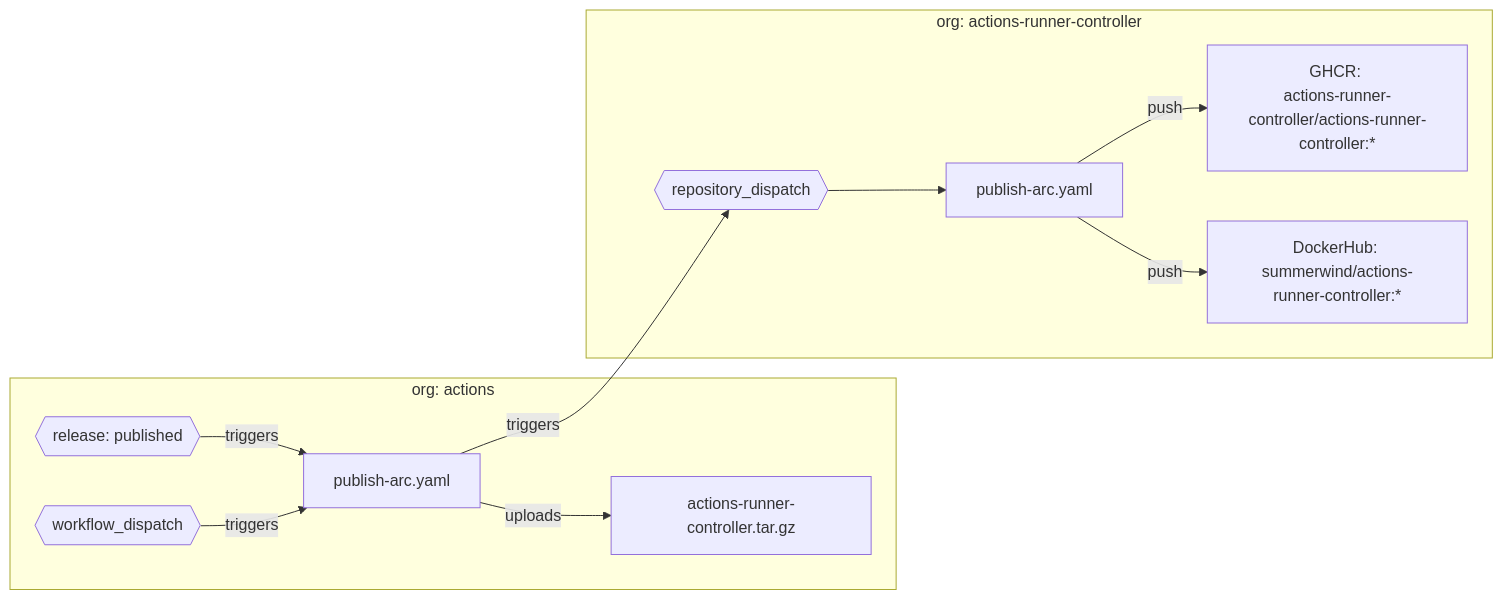
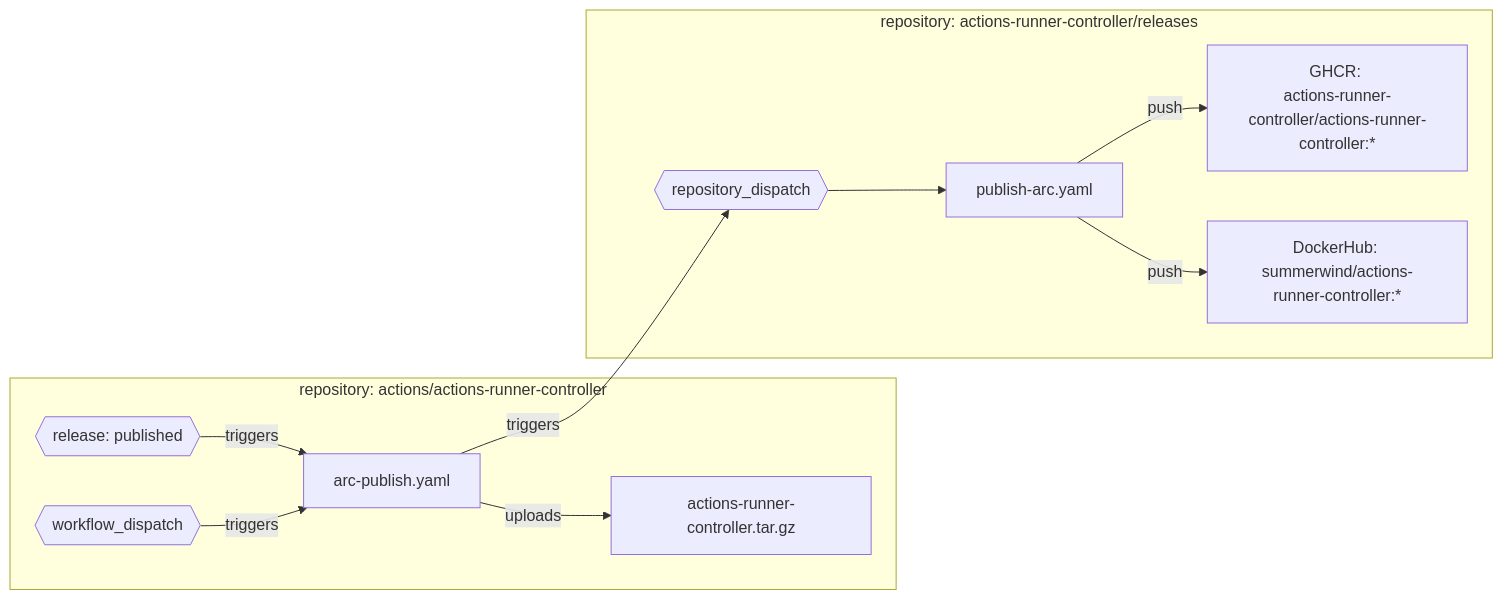
One commit to actions-runner-controller/releases changed the second of 3 diagrams in README.md. Above: the diagram before and after it, drawn with Mermaid. The commit also changed other lines of this file, not shown here.

````diff
--- a/README.md
+++ b/README.md
@@ -49,13 +49,13 @@
 ```mermaid
 flowchart LR
-    subgraph org: actions
-    event_a{{"release: published"}} -- triggers --> workflow_a["publish-arc.yaml"]
-    event_b{{"workflow_dispatch"}} -- triggers --> workflow_a["publish-arc.yaml"]
-    workflow_a["publish-arc.yaml"] -- uploads --> package["actions-runner-controller.tar.gz"]
+    subgraph repository: actions/actions-runner-controller
+    event_a{{"release: published"}} -- triggers --> workflow_a["arc-publish.yaml"]
+    event_b{{"workflow_dispatch"}} -- triggers --> workflow_a["arc-publish.yaml"]
+    workflow_a["arc-publish.yaml"] -- uploads --> package["actions-runner-controller.tar.gz"]
     end
-    subgraph org: actions-runner-controller
-    workflow_a["publish-arc.yaml"] -- triggers --> event_d{{"repository_dispatch"}} --> workflow_b["publish-arc.yaml"]
+    subgraph repository: actions-runner-controller/releases
+    workflow_a["arc-publish.yaml"] -- triggers --> event_d{{"repository_dispatch"}} --> workflow_b["publish-arc.yaml"]
     workflow_b["publish-arc.yaml"] -- push --> A["GHCR: \nactions-runner-controller/actions-runner-controller:*"]
     workflow_b["publish-arc.yaml"] -- push --> B["DockerHub: \nsummerwind/actions-runner-controller:*"]
     end
 ```
````
